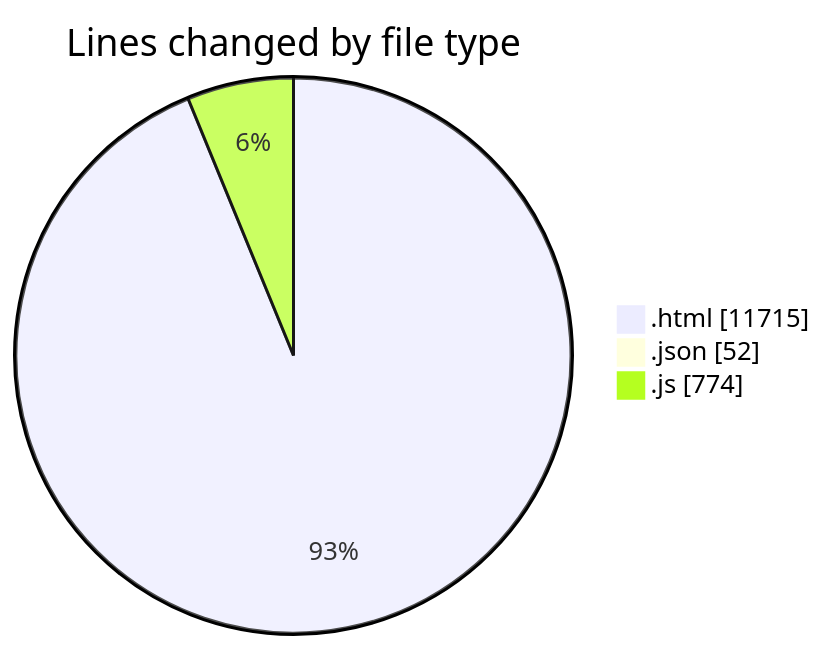
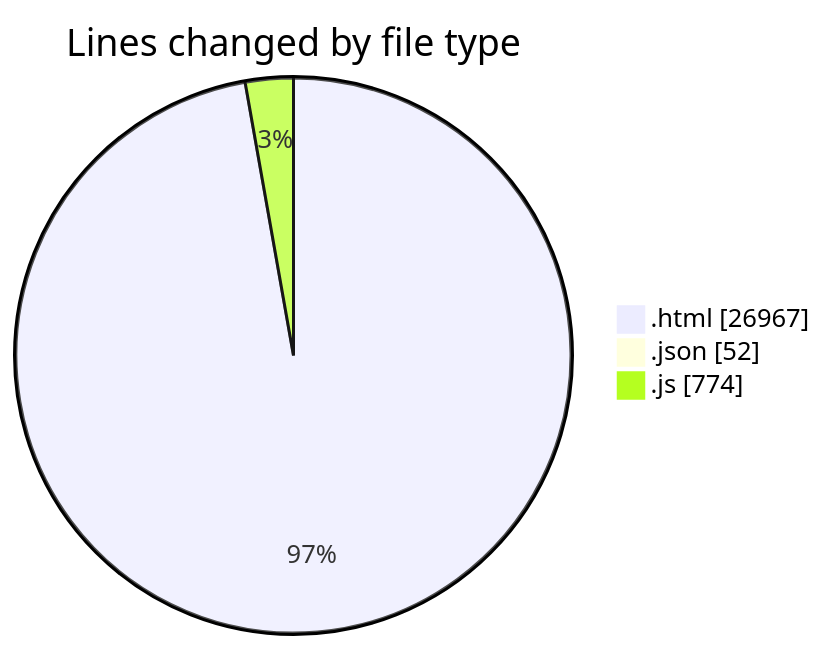
Before and after one commit to vahidmafi/code-tracking: the first of 2 diagrams in 2025-09-16/www/README.md, drawn with Mermaid. The commit also changed other lines of this file and 1 other file, not shown here.

````diff
--- a/2025-09-16/www/README.md
+++ b/2025-09-16/www/README.md
@@ -24,7 +47,7 @@
 ```mermaid
 pie showData
 title Lines changed by file type
-".html" : 11715
+".html" : 26967
 ".json" : 52
 ".js" : 774
 ```
````
